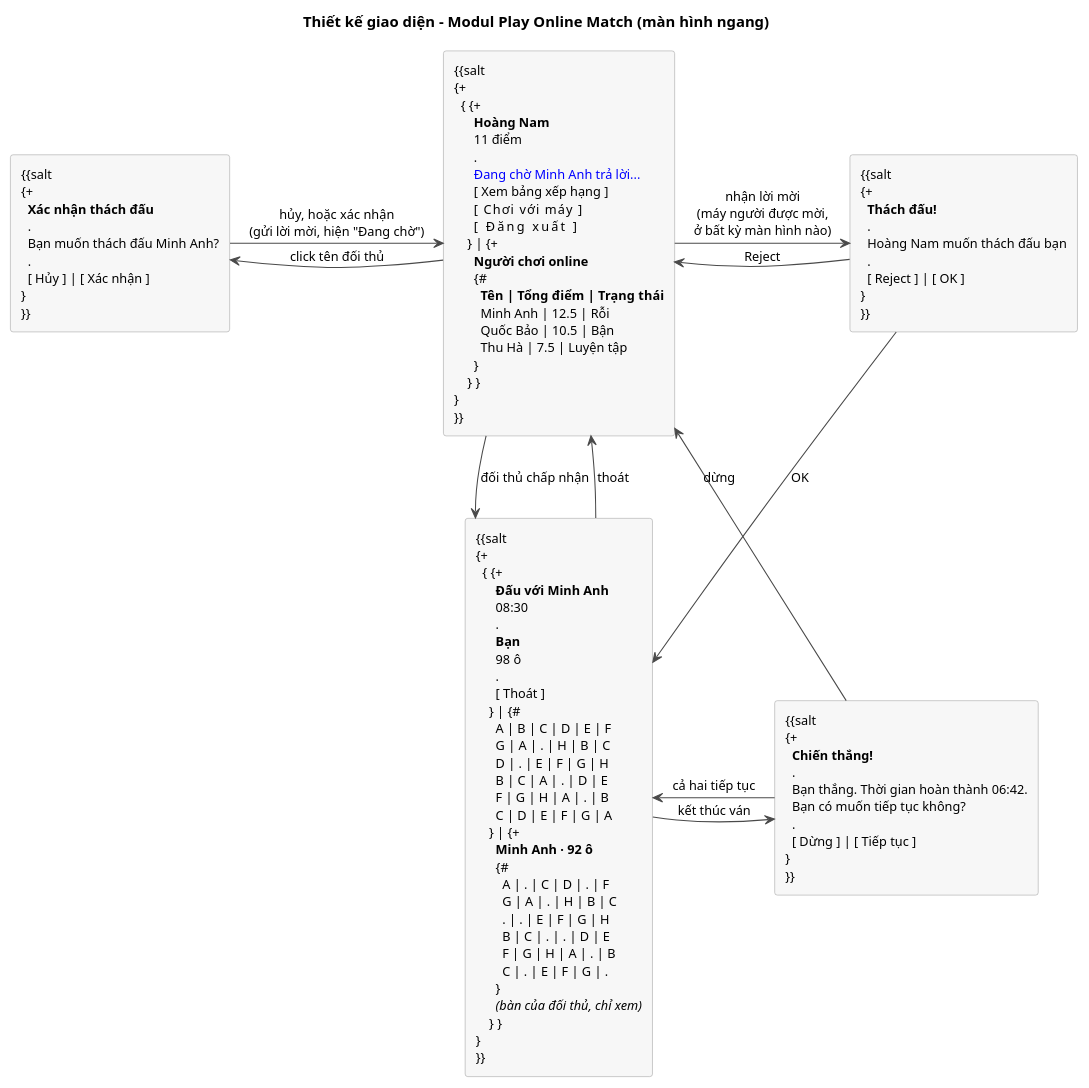
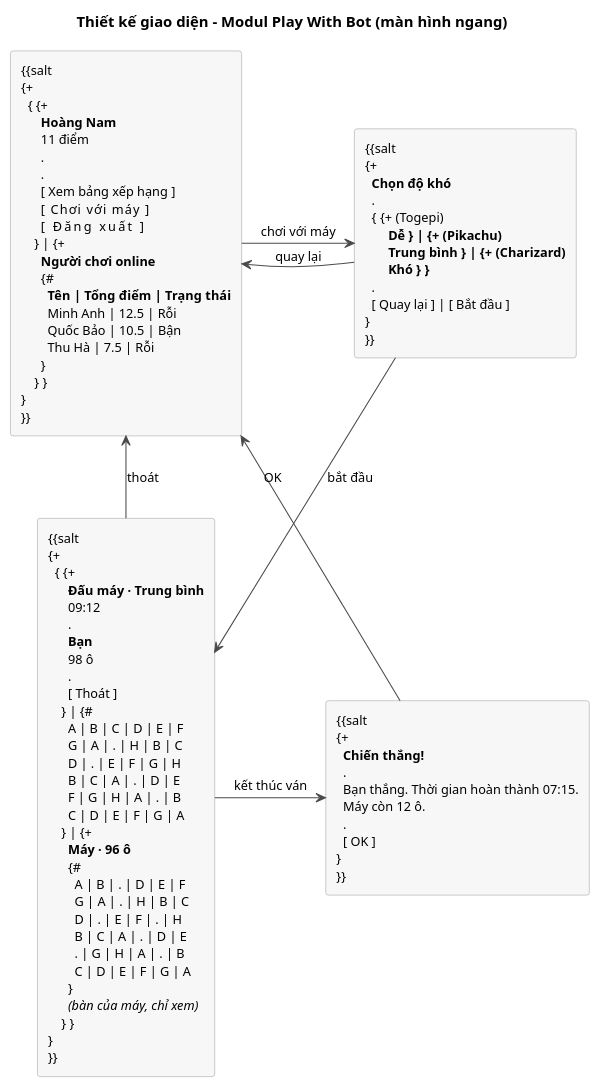
The diagram in docs/uml/pha3/ui-m3.puml (VattenL/mobile-pikachu), drawn with PlantUML before and after one commit. The commit also changed 75 other files, not shown here.

```diff
--- a/docs/uml/pha3/ui-m3.puml
+++ b/docs/uml/pha3/ui-m3.puml
@@ -1,117 +1,104 @@
 @startuml ui-m3
-title Thiết kế giao diện - Modul Play Online Match (màn hình ngang)
+title Thiết kế giao diện - Modul Play With Bot (màn hình ngang)
 
 skinparam shadowing false
 skinparam defaultFontSize 12
 skinparam ArrowColor #4A4A4A
 skinparam rectangle {
   BackgroundColor #F7F7F7
   BorderColor #9E9E9E
 }
 
 rectangle Main [
 {{salt
 {+
   { {+
       <b>Hoàng Nam
       11 điểm
       .
-      <color:blue>Đang chờ Minh Anh trả lời...
+      .
       [ Xem bảng xếp hạng ]
       [   Chơi với máy    ]
       [     Đăng xuất     ]
     } | {+
       <b>Người chơi online
       {#
         <b>Tên | <b>Tổng điểm | <b>Trạng thái
         Minh Anh | 12.5 | Rỗi
         Quốc Bảo | 10.5 | Bận
-        Thu Hà | 7.5 | Luyện tập
+        Thu Hà | 7.5 | Rỗi
       }
     } }
 }
 }}
 ]
 
-rectangle Confirm [
+rectangle Difficulty [
 {{salt
 {+
-  <b>Xác nhận thách đấu
+  <b>Chọn độ khó
   .
-  Bạn muốn thách đấu Minh Anh?
+  { {+ (Togepi)
+       <b>Dễ } | {+ (Pikachu)
+       <b>Trung bình } | {+ (Charizard)
+       <b>Khó } }
   .
-  [ Hủy ] | [ Xác nhận ]
+  [ Quay lại ] | [ Bắt đầu ]
 }
 }}
 ]
 
-rectangle Invite [
-{{salt
-{+
-  <b>Thách đấu!
-  .
-  Hoàng Nam muốn thách đấu bạn
-  .
-  [ Reject ] | [ OK ]
-}
-}}
-]
-
-rectangle Match [
+rectangle Game [
 {{salt
 {+
   { {+
-      <b>Đấu với Minh Anh
-      08:30
+      <b>Đấu máy · Trung bình
+      09:12
       .
       <b>Bạn
       98 ô
       .
       [ Thoát ]
     } | {#
       A | B | C | D | E | F
       G | A | . | H | B | C
       D | . | E | F | G | H
       B | C | A | . | D | E
       F | G | H | A | . | B
       C | D | E | F | G | A
     } | {+
-      <b>Minh Anh · 92 ô
+      <b>Máy · 96 ô
       {#
-        A | . | C | D | . | F
+        A | B | . | D | E | F
         G | A | . | H | B | C
-        . | . | E | F | G | H
-        B | C | . | . | D | E
-        F | G | H | A | . | B
-        C | . | E | F | G | .
+        D | . | E | F | . | H
+        B | C | A | . | D | E
+        . | G | H | A | . | B
+        C | D | E | F | G | A
       }
-      <i>(bàn của đối thủ, chỉ xem)
+      <i>(bàn của máy, chỉ xem)
     } }
 }
 }}
 ]
 
 rectangle Result [
 {{salt
 {+
   <b>Chiến thắng!
   .
-  Bạn thắng. Thời gian hoàn thành 06:42.
-  Bạn có muốn tiếp tục không?
+  Bạn thắng. Thời gian hoàn thành 07:15.
+  Máy còn 12 ô.
   .
-  [ Dừng ] | [ Tiếp tục ]
+  [ OK ]
 }
 }}
 ]
 
-Main -left-> Confirm : click tên đối thủ
-Confirm -right-> Main : hủy, hoặc xác nhận\n(gửi lời mời, hiện "Đang chờ")
-Main -right-> Invite : nhận lời mời\n(máy người được mời,\nở bất kỳ màn hình nào)
-Invite -left-> Main : Reject
-Invite -down-> Match : OK
-Main -down-> Match : đối thủ chấp nhận
-Match -right-> Result : kết thúc ván
-Result -up-> Match : cả hai tiếp tục
-Result -up-> Main : dừng
-Match -up-> Main : thoát
+Main -right-> Difficulty : chơi với máy
+Difficulty -left-> Main : quay lại
+Difficulty -down-> Game : bắt đầu
+Game -right-> Result : kết thúc ván
+Game -up-> Main : thoát
+Result -up-> Main : OK
 @enduml
```
